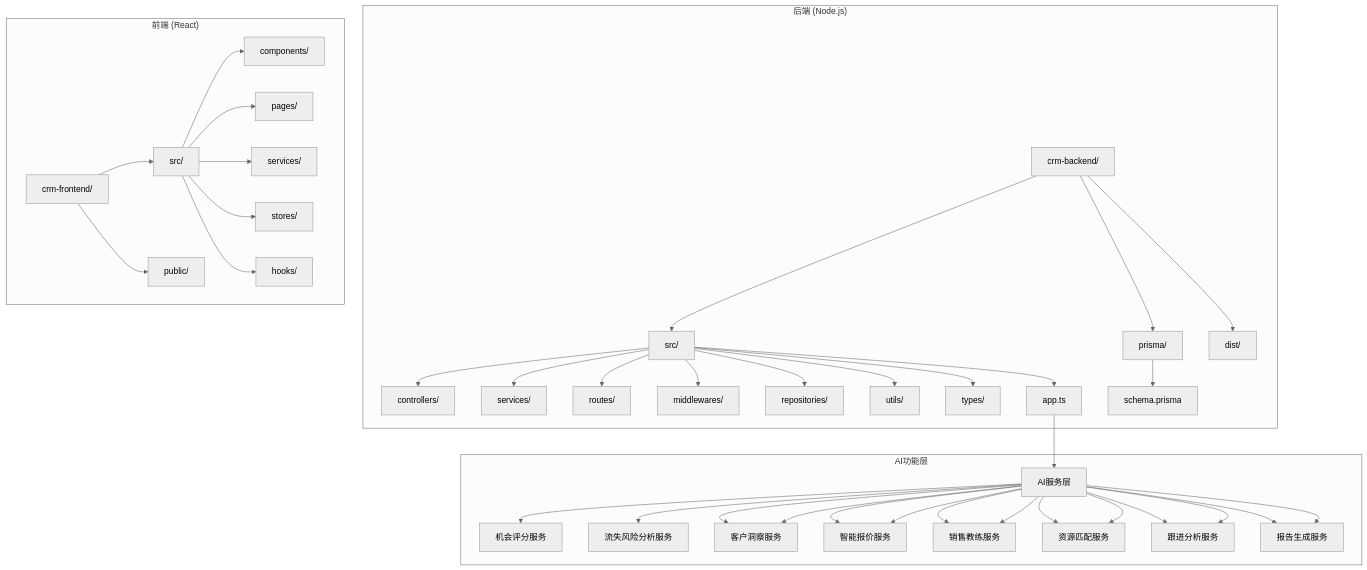
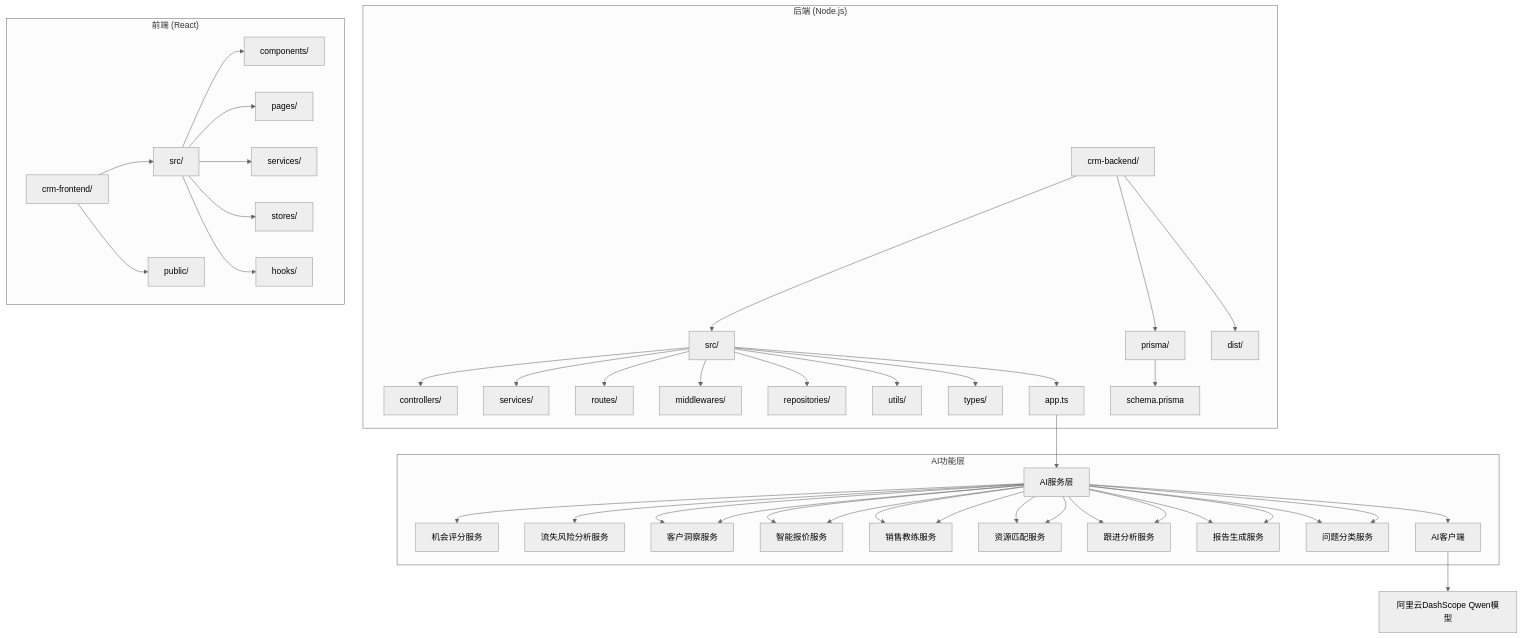
Before and after one commit to xianjianshenqu/SalesFlow-CRM: the first of 8 diagrams in .qoder/repowiki/zh/content/核心组件/AI助手.md, drawn with Mermaid (neutral theme). The commit also changed other lines of this file and 10 other files, not shown here.

````diff
--- a/.qoder/repowiki/zh/content/核心组件/AI助手.md
+++ b/.qoder/repowiki/zh/content/核心组件/AI助手.md
@@ -76,43 +87,47 @@
 ```mermaid
 graph TB
 subgraph "后端 (Node.js)"
 A[crm-backend/] --> B[src/]
 A --> C[prisma/]
 A --> D[dist/]
 B --> E[controllers/]
 B --> F[services/]
 B --> G[routes/]
 B --> H[middlewares/]
 B --> I[repositories/]
 B --> J[utils/]
 B --> K[types/]
 B --> L[app.ts]
 C --> M[schema.prisma]
 end
 subgraph "前端 (React)"
 N[crm-frontend/] --> O[src/]
 N --> P[public/]
 O --> Q[components/]
 O --> R[pages/]
 O --> S[services/]
 O --> T[stores/]
 O --> U[hooks/]
 end
 subgraph "AI功能层"
 V[AI服务层] --> W[机会评分服务]
 V --> X[流失风险分析服务]
 V --> Y[客户洞察服务]
 V --> Z[智能报价服务]
 V --> AA[销售教练服务]
 V --> AB[资源匹配服务]
 V --> AC[跟进分析服务]
 V --> AD[报告生成服务]
+V --> AE[问题分类服务]
+V --> AF[AI客户端]
 end
 L --> V
+AF --> AG[阿里云DashScope Qwen模型]
 V --> Y
 V --> Z
 V --> AA
 V --> AB
 V --> AC
 V --> AD
+V --> AE
 ```
````
